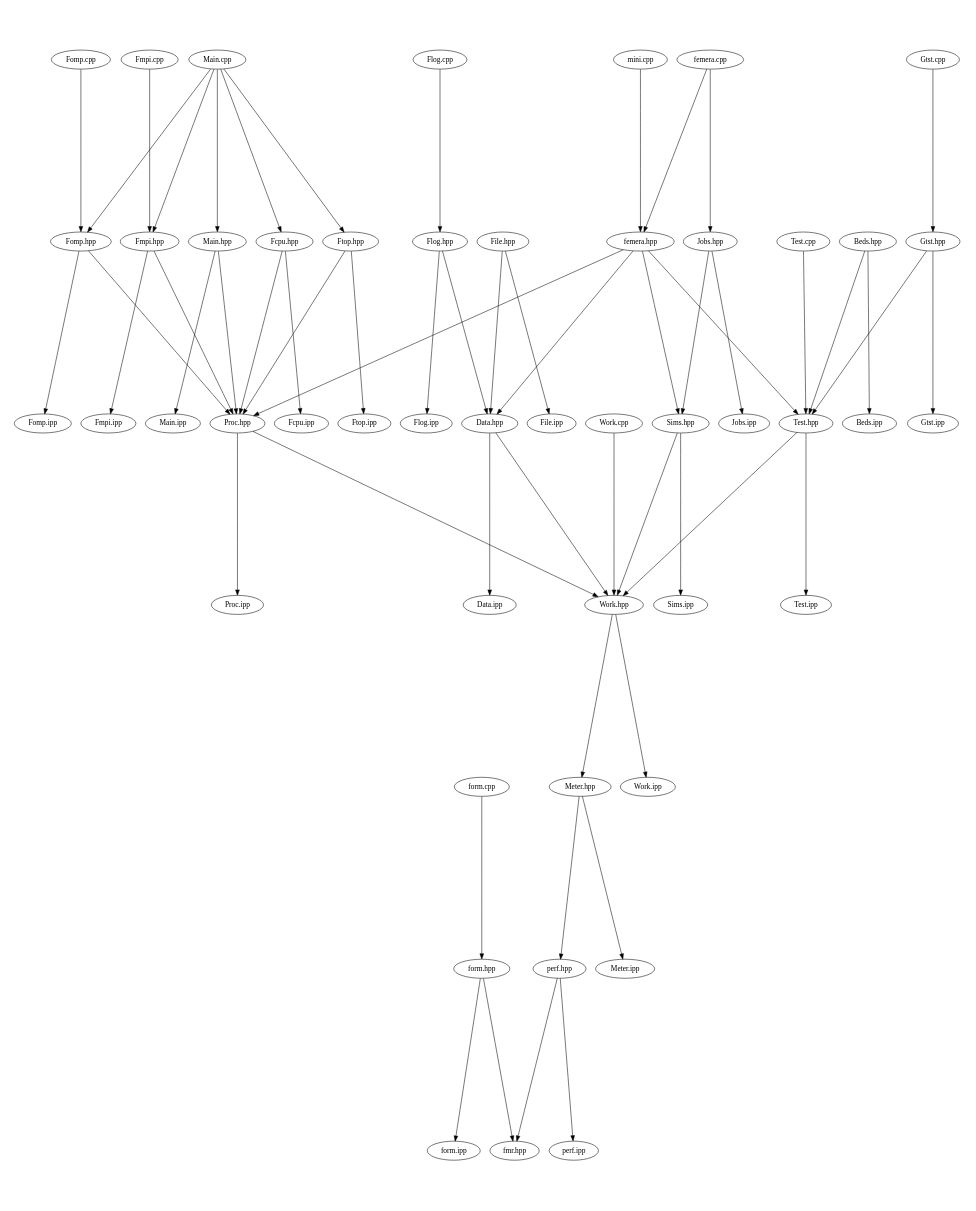
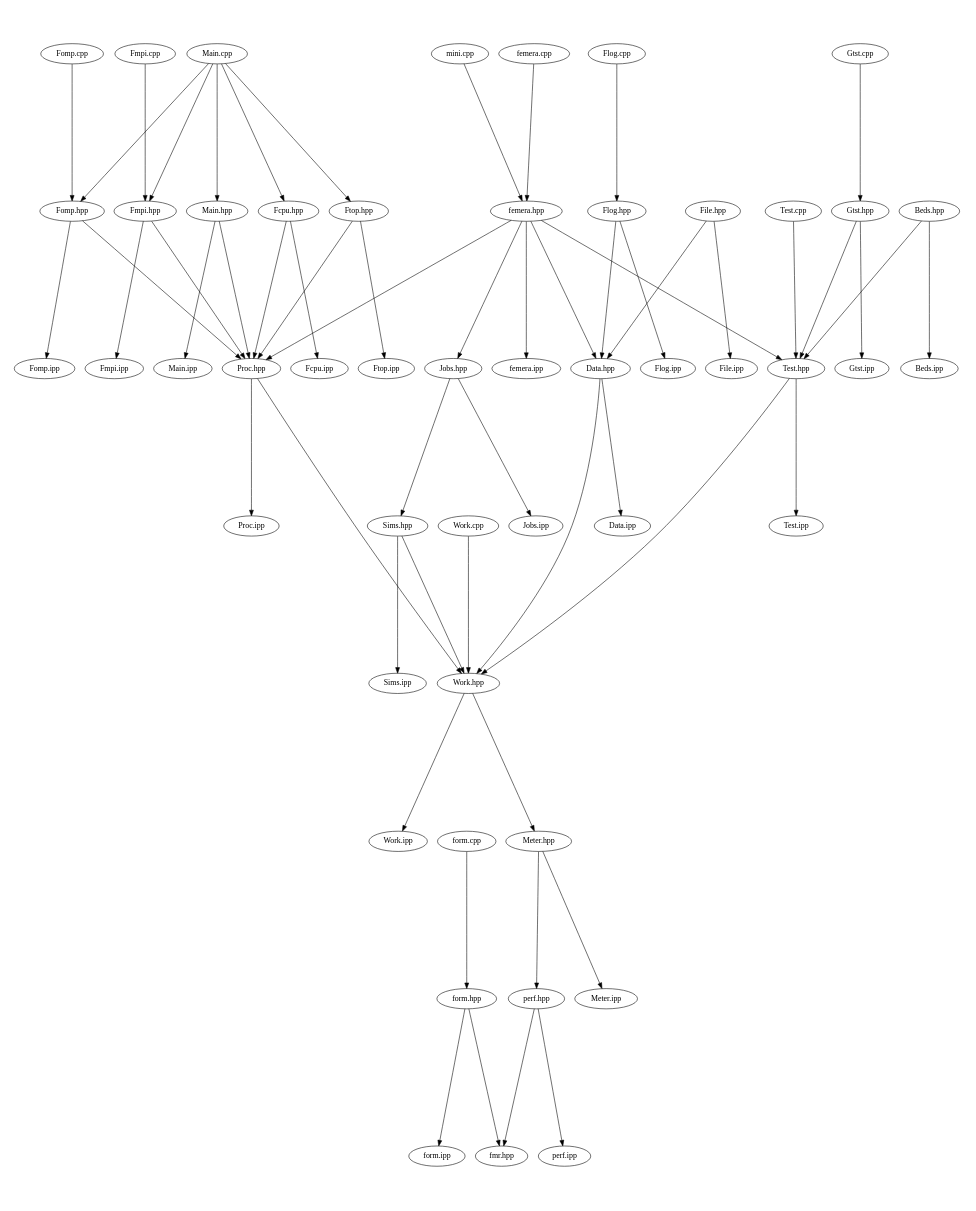
One commit to waggyz/femera-mini-app changed the diagram in src/docs/src-notest.dot. Above: the diagram before and after it, drawn with Graphviz. The commit also changed 4 other files, not shown here.

```diff
--- a/src/docs/src-notest.dot
+++ b/src/docs/src-notest.dot
@@ -1,63 +1,63 @@
 digraph "source tree" {
     overlap=scale;
     size="8,10";
     ratio="fill";
     fontsize="16";
     fontname="Helvetica";
 	clusterrank="local";
+	"femera.hpp" -> "Jobs.hpp"
 	"Meter.hpp" -> "perf.hpp"
 	"Main.cpp" -> "Fomp.hpp"
 	"Sims.hpp" -> "Work.hpp"
 	"femera.cpp" -> "femera.hpp"
 	"Fmpi.hpp" -> "Fmpi.ipp"
 	"Sims.hpp" -> "Sims.ipp"
 	"Jobs.hpp" -> "Jobs.ipp"
 	"Fomp.cpp" -> "Fomp.hpp"
 	"femera.hpp" -> "Proc.hpp"
 	"Main.cpp" -> "Main.hpp"
 	"Proc.hpp" -> "Proc.ipp"
 	"Main.cpp" -> "Fmpi.hpp"
 	"Main.cpp" -> "Fcpu.hpp"
-	"femera.hpp" -> "Sims.hpp"
 	"Ftop.hpp" -> "Ftop.ipp"
 	"perf.hpp" -> "fmr.hpp"
 	"Data.hpp" -> "Data.ipp"
 	"Work.hpp" -> "Work.ipp"
 	"Main.cpp" -> "Ftop.hpp"
 	"Fmpi.hpp" -> "Proc.hpp"
 	"Test.hpp" -> "Work.hpp"
 	"form.hpp" -> "form.ipp"
 	"Gtst.cpp" -> "Gtst.hpp"
+	"femera.hpp" -> "femera.ipp"
 	"Fcpu.hpp" -> "Proc.hpp"
 	"Fomp.hpp" -> "Proc.hpp"
 	"Flog.hpp" -> "Data.hpp"
 	"File.hpp" -> "File.ipp"
 	"Meter.hpp" -> "Meter.ipp"
 	"Fomp.hpp" -> "Fomp.ipp"
 	"Gtst.hpp" -> "Gtst.ipp"
-	"femera.cpp" -> "Jobs.hpp"
 	"form.cpp" -> "form.hpp"
 	"perf.hpp" -> "perf.ipp"
 	"Fmpi.cpp" -> "Fmpi.hpp"
 	"Fcpu.hpp" -> "Fcpu.ipp"
 	"Work.cpp" -> "Work.hpp"
 	"Main.hpp" -> "Main.ipp"
 	"Test.cpp" -> "Test.hpp"
 	"Jobs.hpp" -> "Sims.hpp"
 	"femera.hpp" -> "Test.hpp"
 	"Ftop.hpp" -> "Proc.hpp"
 	"File.hpp" -> "Data.hpp"
 	"mini.cpp" -> "femera.hpp"
 	"Beds.hpp" -> "Test.hpp"
 	"Proc.hpp" -> "Work.hpp"
 	"form.hpp" -> "fmr.hpp"
 	"Gtst.hpp" -> "Test.hpp"
 	"Flog.cpp" -> "Flog.hpp"
 	"Data.hpp" -> "Work.hpp"
 	"femera.hpp" -> "Data.hpp"
 	"Beds.hpp" -> "Beds.ipp"
 	"Work.hpp" -> "Meter.hpp"
 	"Main.hpp" -> "Proc.hpp"
 	"Flog.hpp" -> "Flog.ipp"
 	"Test.hpp" -> "Test.ipp"
 }
```
